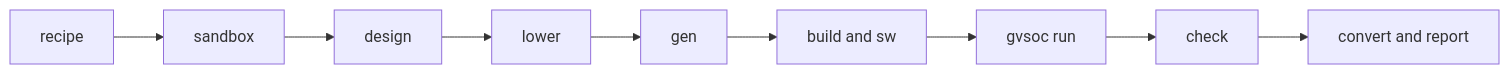
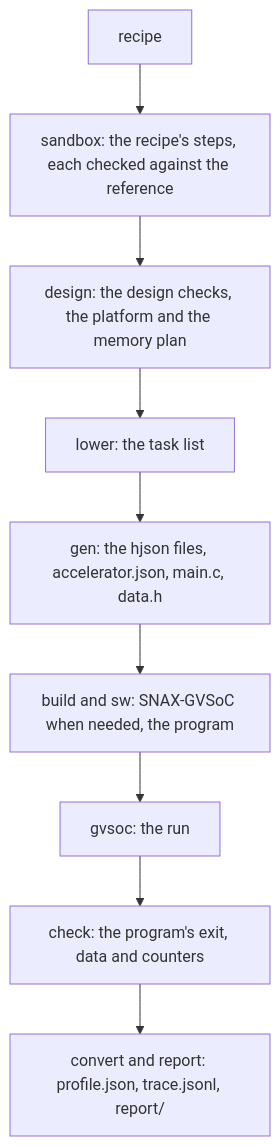
One commit to KULeuven-MICAS/snax-forge changed the diagram in docs/TOOL.md. Above: the diagram before and after it, drawn with Mermaid. The commit also changed 1 other file, not shown here.

Commit message:
TOOL.md and README: the flow drawn top to bottom

````diff
--- a/docs/TOOL.md
+++ b/docs/TOOL.md
@@ -42,5 +42,11 @@
 ```mermaid
-flowchart LR
-  R[recipe] --> S[sandbox] --> D[design] --> L[lower] --> G[gen]
-  G --> B[build and sw] --> V[gvsoc run] --> C[check] --> P[convert and report]
+flowchart TD
+  R[recipe] --> S["sandbox: the recipe's steps, each checked against the reference"]
+  S --> D["design: the design checks, the platform and the memory plan"]
+  D --> L["lower: the task list"]
+  L --> G["gen: the hjson files, accelerator.json, main.c, data.h"]
+  G --> B["build and sw: SNAX-GVSoC when needed, the program"]
+  B --> V["gvsoc: the run"]
+  V --> C["check: the program's exit, data and counters"]
+  C --> P["convert and report: profile.json, trace.jsonl, report/"]
 ```
````
